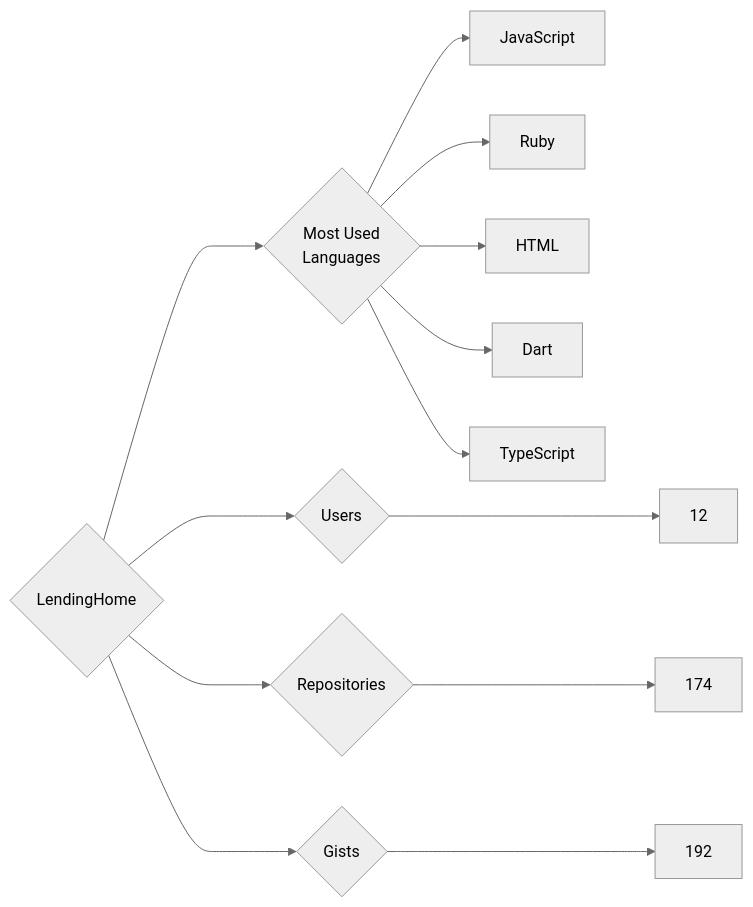
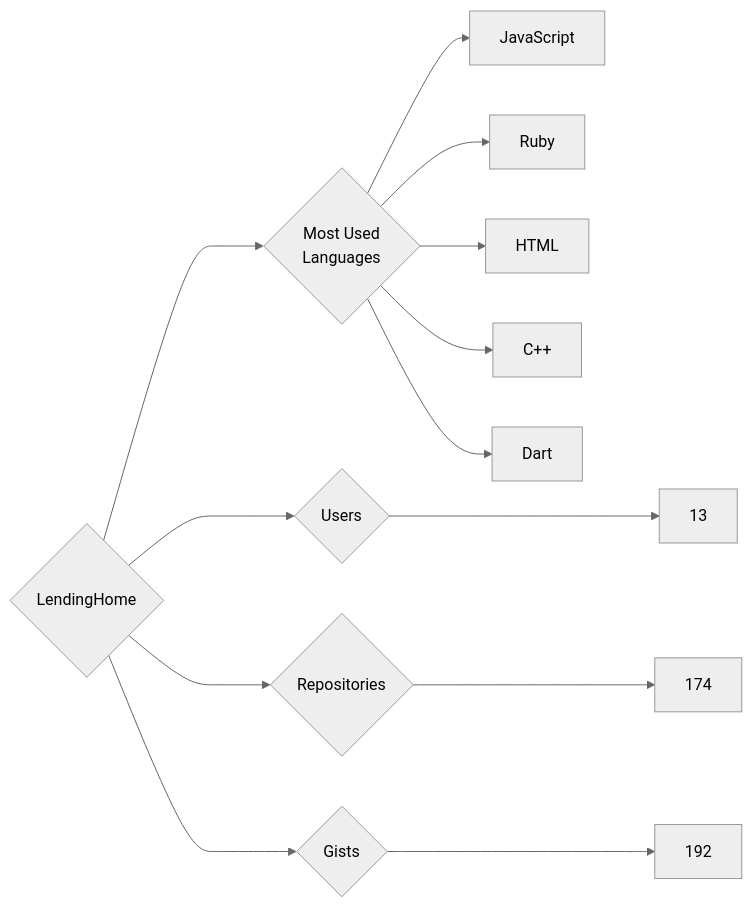
Before and after one commit to trickest/insiders: the diagram in targets/LendingHome/README.md, drawn with Mermaid (neutral theme). The commit also changed 1479 other files, not shown here.

````diff
--- a/targets/LendingHome/README.md
+++ b/targets/LendingHome/README.md
@@ -3,13 +3,13 @@
 ```mermaid
 graph LR
 COMPANY_NAME{LendingHome}
-COMPANY_NAME ---> U{Users} ---> UN[12]
+COMPANY_NAME ---> U{Users} ---> UN[13]
 COMPANY_NAME ---> R{Repositories} ---> RN[174]
 COMPANY_NAME ---> G{Gists} ---> GN[192]
 COMPANY_NAME ---> ML{Most Used<br>Languages}
 ML --> JavaScript[JavaScript]
 ML --> Ruby[Ruby]
 ML --> HTML[HTML]
+ML --> C++[C++]
 ML --> Dart[Dart]
-ML --> TypeScript[TypeScript]
 ```
````
